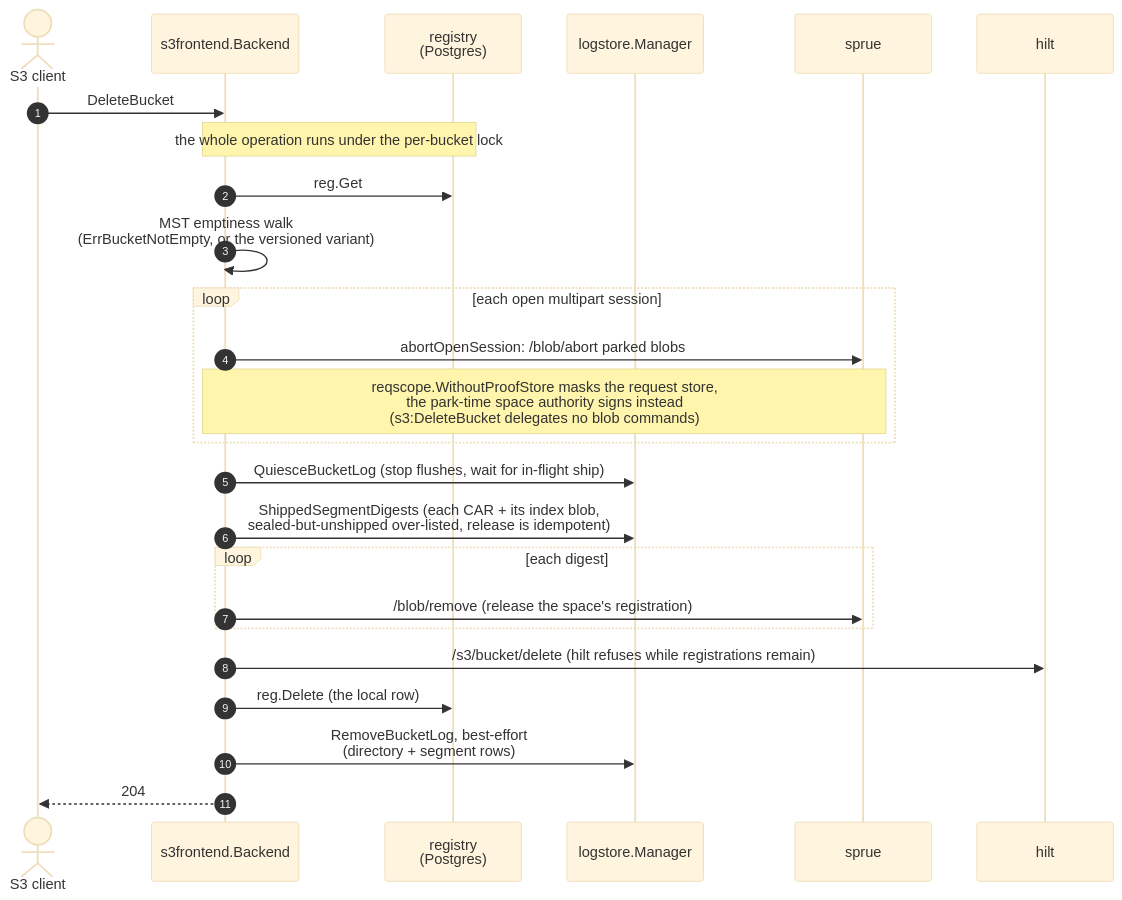
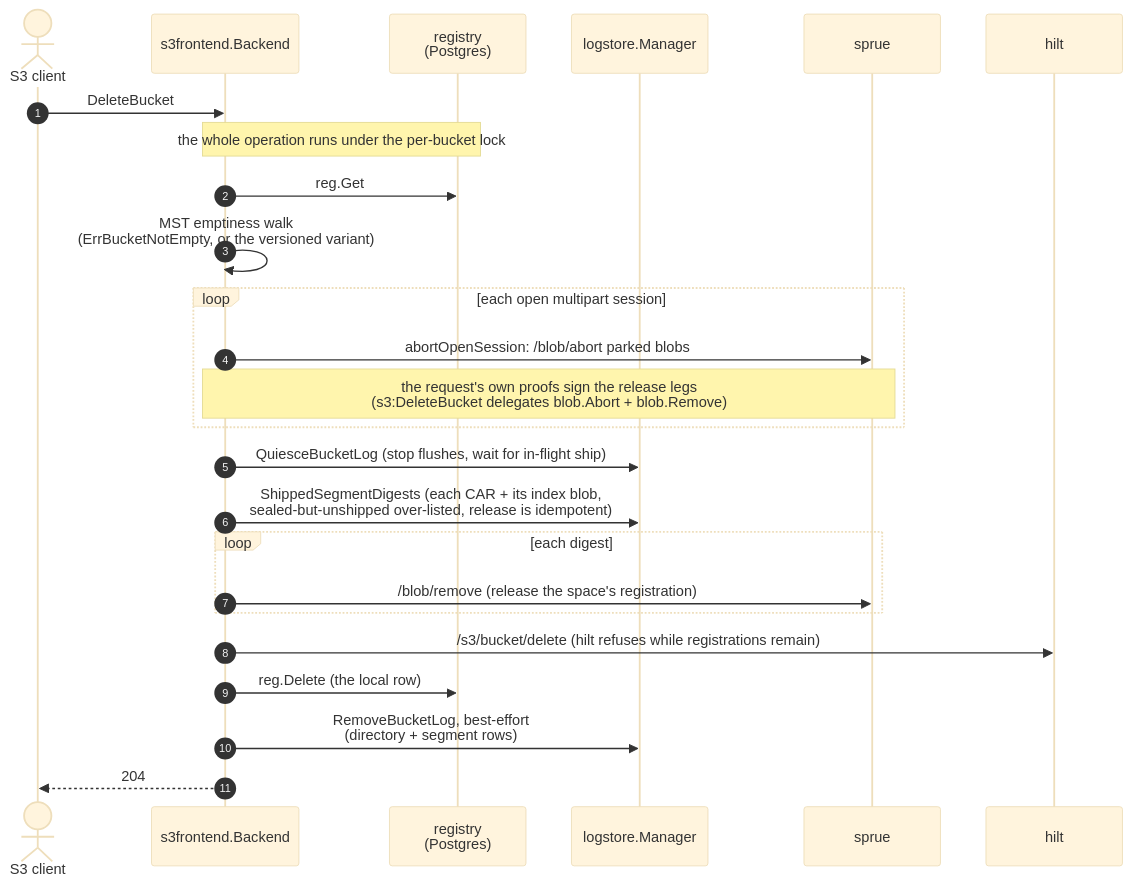
One commit to fil-forge/ingot changed diagram 14 of 14 in docs/diagrams.md. Above: the diagram before and after it, drawn with Mermaid (base theme). The commit also changed 6 other files, not shown here.

Commit message:
fix: remove proof store mask workaround

````diff
--- a/docs/diagrams.md
+++ b/docs/diagrams.md
@@ -924,28 +924,28 @@
 ```mermaid
 sequenceDiagram
     autonumber
     actor C as S3 client
     participant B as s3frontend.Backend
     participant R as registry<br/>(Postgres)
     participant L as logstore.Manager
     participant U as sprue
     participant H as hilt
 
     C->>B: DeleteBucket
     Note over B,R: the whole operation runs under the per-bucket lock
     B->>R: reg.Get
     B->>B: MST emptiness walk<br/>(ErrBucketNotEmpty, or the versioned variant)
     loop each open multipart session
         B->>U: abortOpenSession: /blob/abort parked blobs
-        Note over B,U: reqscope.WithoutProofStore masks the request store,<br/>the park-time space authority signs instead<br/>(s3:DeleteBucket delegates no blob commands)
+        Note over B,U: the request's own proofs sign the release legs<br/>(s3:DeleteBucket delegates blob.Abort + blob.Remove)
     end
     B->>L: QuiesceBucketLog (stop flushes, wait for in-flight ship)
     B->>L: ShippedSegmentDigests (each CAR + its index blob,<br/>sealed-but-unshipped over-listed, release is idempotent)
     loop each digest
         B->>U: /blob/remove (release the space's registration)
     end
     B->>H: /s3/bucket/delete (hilt refuses while registrations remain)
     B->>R: reg.Delete (the local row)
     B->>L: RemoveBucketLog, best-effort<br/>(directory + segment rows)
     B-->>C: 204
 ```
````
